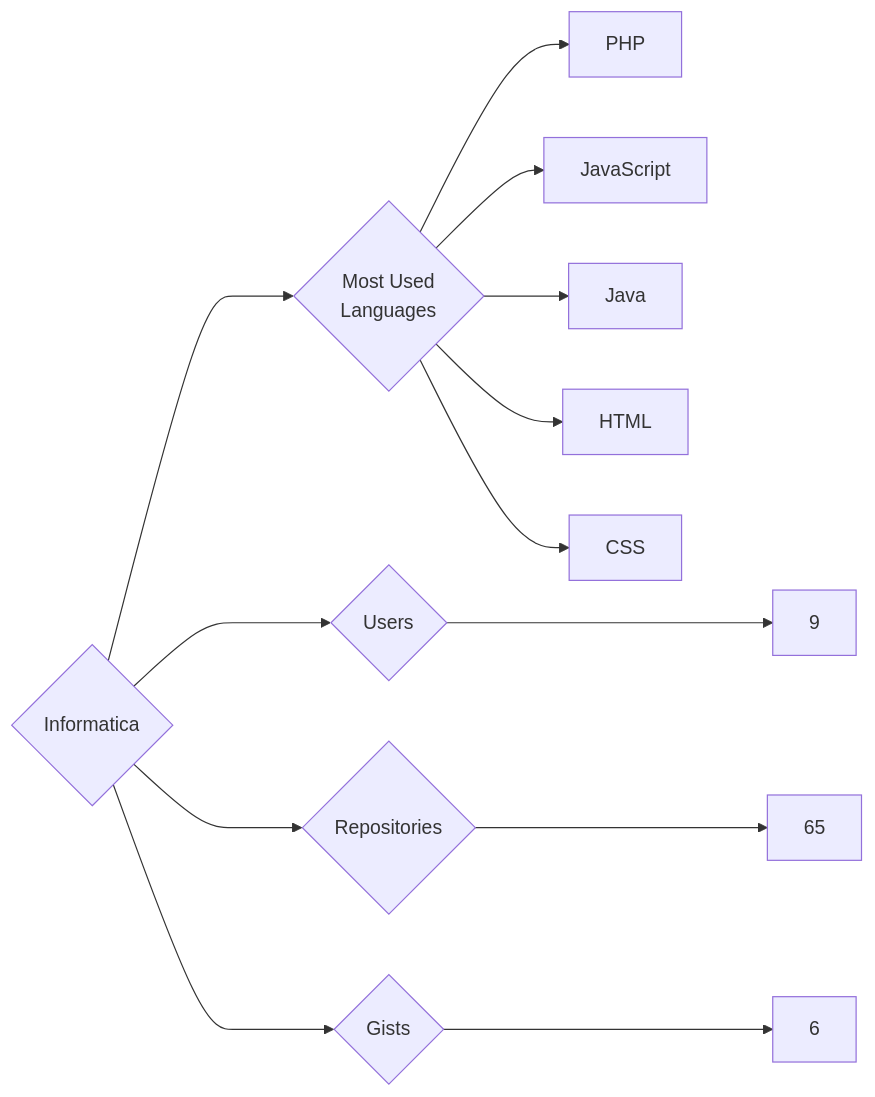
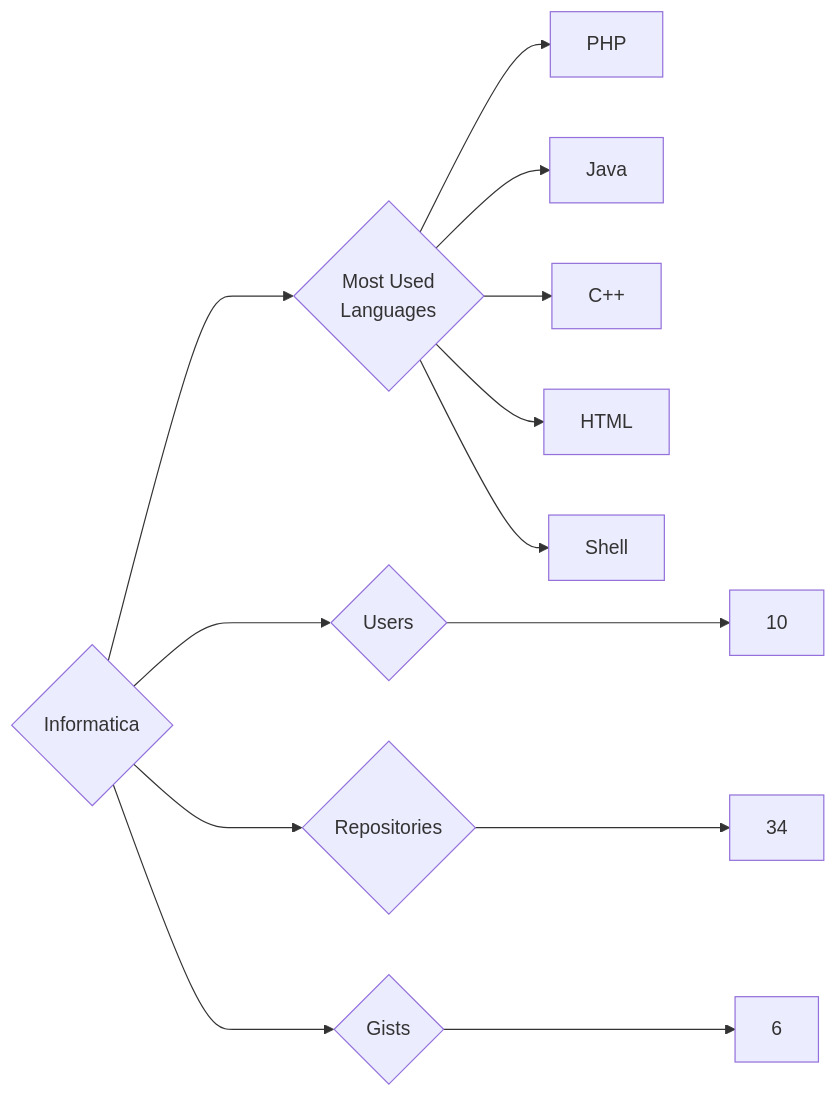
Before and after one commit to trickest/insiders: the diagram in targets/Informatica/README.md, drawn with Mermaid. The commit also changed 912 other files, not shown here.

````diff
--- a/targets/Informatica/README.md
+++ b/targets/Informatica/README.md
@@ -3,13 +3,13 @@
 ```mermaid
 graph LR
 COMPANY_NAME{Informatica}
-COMPANY_NAME ---> U{Users} ---> UN[9]
-COMPANY_NAME ---> R{Repositories} ---> RN[65]
+COMPANY_NAME ---> U{Users} ---> UN[10]
+COMPANY_NAME ---> R{Repositories} ---> RN[34]
 COMPANY_NAME ---> G{Gists} ---> GN[6]
 COMPANY_NAME ---> ML{Most Used<br>Languages}
 ML --> PHP[PHP]
-ML --> JavaScript[JavaScript]
 ML --> Java[Java]
+ML --> C++[C++]
 ML --> HTML[HTML]
-ML --> CSS[CSS]
+ML --> Shell[Shell]
 ```
````
